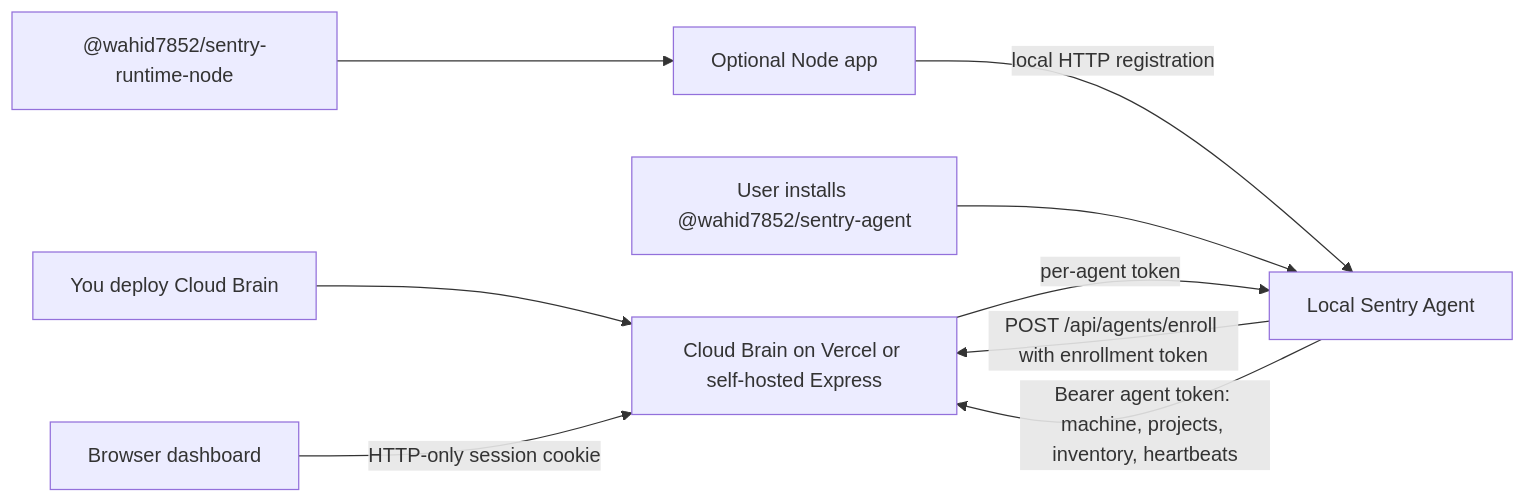
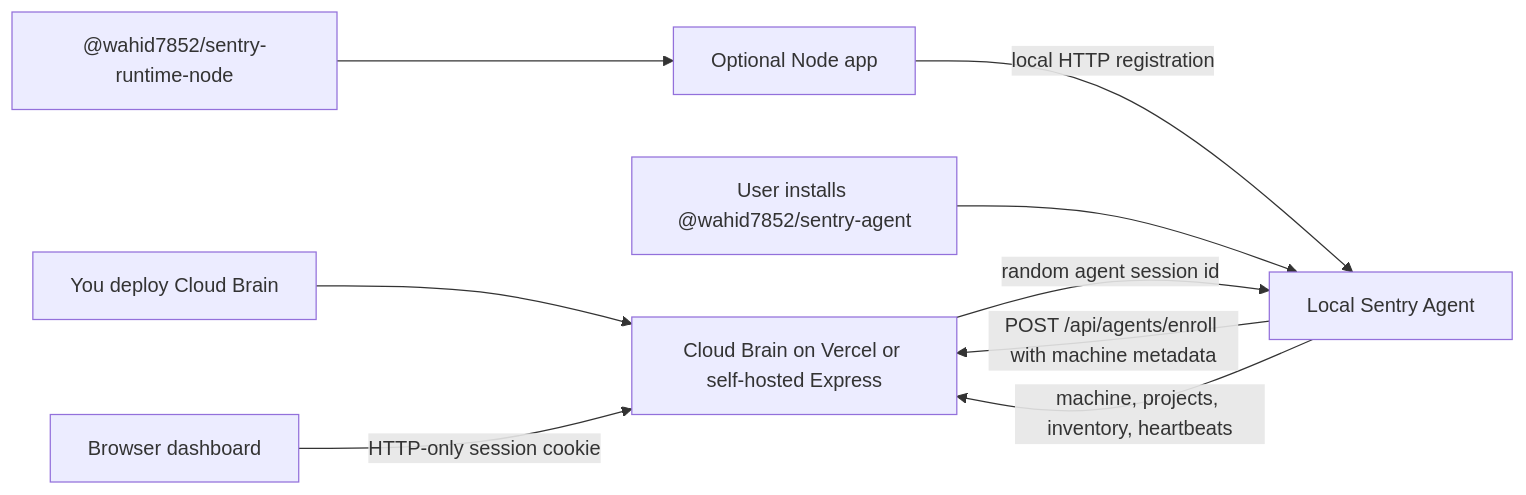
One commit to 0-Shimanshu/trawld changed the diagram in README.md. Above: the diagram before and after it, drawn with Mermaid. The commit also changed other lines of this file and 10 other files, not shown here.

Commit message:
feat: use open agent enrollment

````diff
--- a/README.md
+++ b/README.md
@@ -22,11 +22,11 @@
 ```mermaid
 flowchart LR
   Owner["You deploy Cloud Brain"] --> Cloud["Cloud Brain on Vercel or self-hosted Express"]
   User["User installs @wahid7852/sentry-agent"] --> Agent["Local Sentry Agent"]
-  Agent -->|"POST /api/agents/enroll with enrollment token"| Cloud
-  Cloud -->|"per-agent token"| Agent
-  Agent -->|"Bearer agent token: machine, projects, inventory, heartbeats"| Cloud
+  Agent -->|"POST /api/agents/enroll with machine metadata"| Cloud
+  Cloud -->|"random agent session id"| Agent
+  Agent -->|"machine, projects, inventory, heartbeats"| Cloud
   Dashboard["Browser dashboard"] -->|"HTTP-only session cookie"| Cloud
   App["Optional Node app"] -->|"local HTTP registration"| Agent
   Hook["@wahid7852/sentry-runtime-node"] --> App
 ```
````
